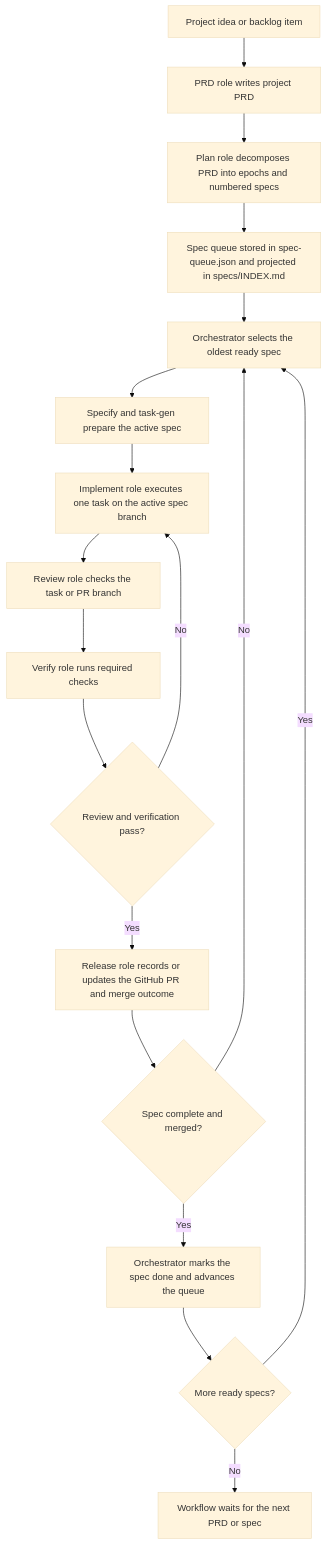
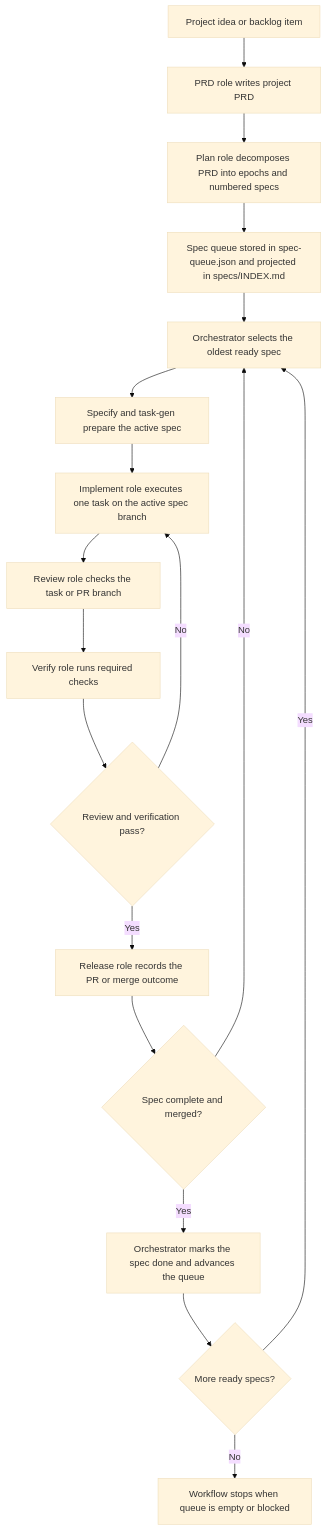
Before and after one commit to tolulawson/ralph-harness: the diagram in README.md, drawn with Mermaid (base theme). The commit also changed other lines of this file and 80 other files, not shown here.

Commit message:
Add semver release workflow

````diff
--- a/README.md
+++ b/README.md
@@ -36,20 +38,20 @@
 ```mermaid
 flowchart TD
     A["Project idea or backlog item"] --> B["PRD role writes project PRD"]
     B --> C["Plan role decomposes PRD into epochs and numbered specs"]
     C --> D["Spec queue stored in spec-queue.json and projected in specs/INDEX.md"]
     D --> E["Orchestrator selects the oldest ready spec"]
     E --> F["Specify and task-gen prepare the active spec"]
     F --> G["Implement role executes one task on the active spec branch"]
     G --> H["Review role checks the task or PR branch"]
     H --> I["Verify role runs required checks"]
     I --> J{"Review and verification pass?"}
     J -- "No" --> G
-    J -- "Yes" --> K["Release role records or updates the GitHub PR and merge outcome"]
+    J -- "Yes" --> K["Release role records the PR or merge outcome"]
     K --> L{"Spec complete and merged?"}
     L -- "No" --> E
     L -- "Yes" --> M["Orchestrator marks the spec done and advances the queue"]
     M --> N{"More ready specs?"}
     N -- "Yes" --> E
-    N -- "No" --> O["Workflow waits for the next PRD or spec"]
+    N -- "No" --> O["Workflow stops when queue is empty or blocked"]
 ```
````
